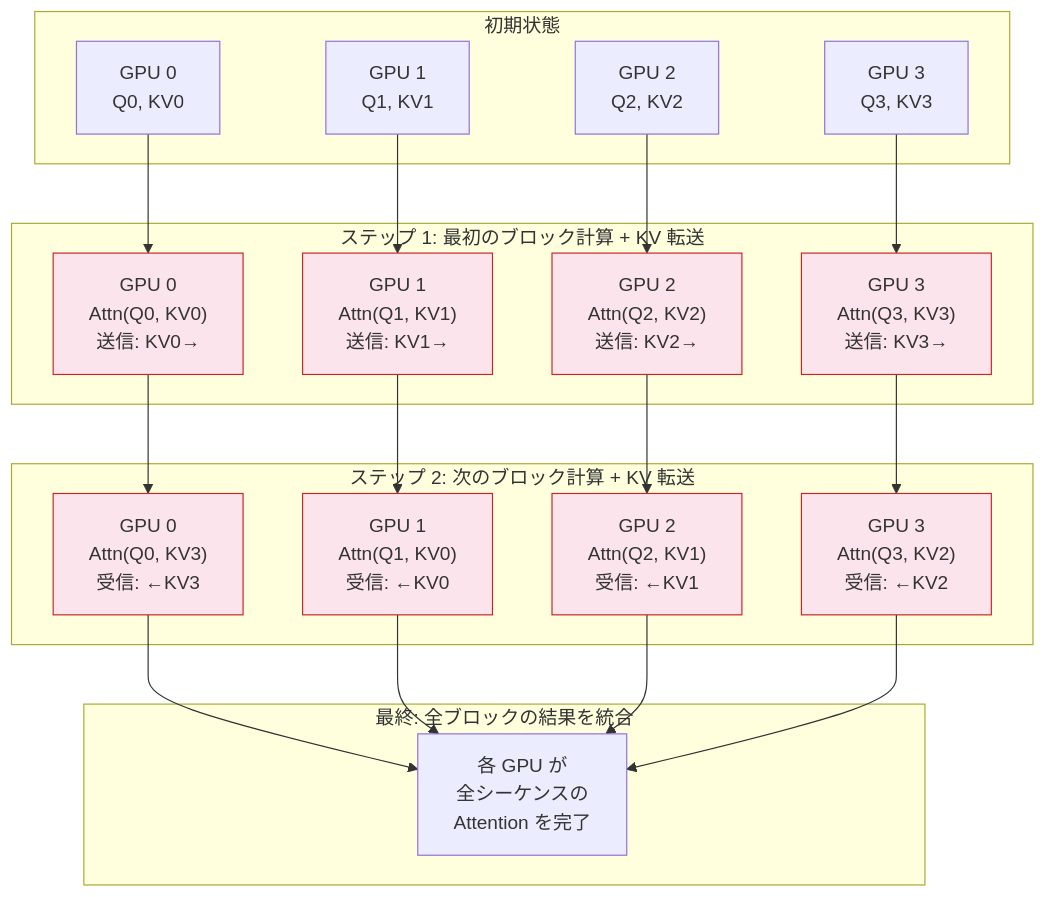
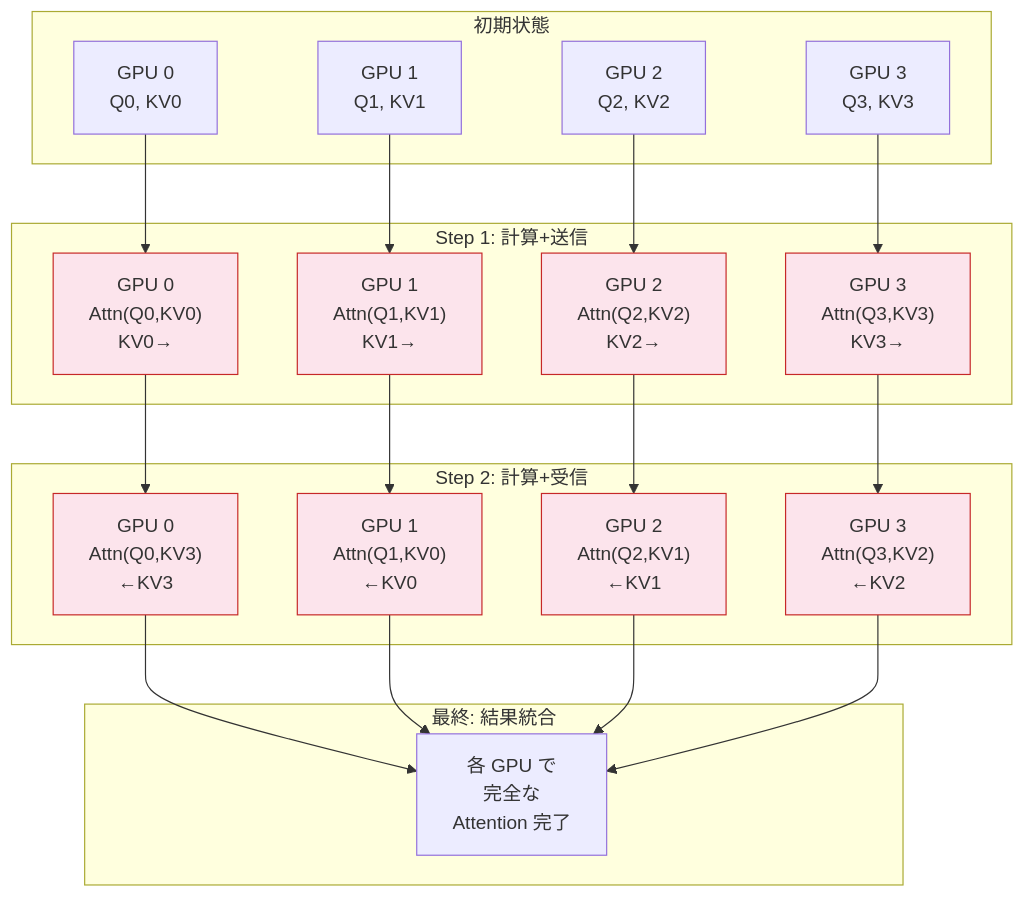
Diagram 11 of 20 in books/ml-distributed-experiment-collection/transformer-distributed-parallelism.md (littlemex/zenn), drawn with Mermaid before and after one commit. The commit also changed other lines of this file, not shown here.

````diff
--- a/books/ml-distributed-experiment-collection/transformer-distributed-parallelism.md
+++ b/books/ml-distributed-experiment-collection/transformer-distributed-parallelism.md
@@ -602,51 +602,51 @@
 ```mermaid
 graph TB
     subgraph "初期状態"
         G0_0["GPU 0<br/>Q0, KV0"]
         G1_0["GPU 1<br/>Q1, KV1"]
         G2_0["GPU 2<br/>Q2, KV2"]
         G3_0["GPU 3<br/>Q3, KV3"]
     end
 
-    subgraph "ステップ 1: 最初のブロック計算 + KV 転送"
-        G0_1["GPU 0<br/>Attn(Q0, KV0)<br/>送信: KV0→"]
-        G1_1["GPU 1<br/>Attn(Q1, KV1)<br/>送信: KV1→"]
-        G2_1["GPU 2<br/>Attn(Q2, KV2)<br/>送信: KV2→"]
-        G3_1["GPU 3<br/>Attn(Q3, KV3)<br/>送信: KV3→"]
+    subgraph "Step 1: 計算+送信"
+        G0_1["GPU 0<br/>Attn(Q0,KV0)<br/>KV0→"]
+        G1_1["GPU 1<br/>Attn(Q1,KV1)<br/>KV1→"]
+        G2_1["GPU 2<br/>Attn(Q2,KV2)<br/>KV2→"]
+        G3_1["GPU 3<br/>Attn(Q3,KV3)<br/>KV3→"]
     end
 
-    subgraph "ステップ 2: 次のブロック計算 + KV 転送"
-        G0_2["GPU 0<br/>Attn(Q0, KV3)<br/>受信: ←KV3"]
-        G1_2["GPU 1<br/>Attn(Q1, KV0)<br/>受信: ←KV0"]
-        G2_2["GPU 2<br/>Attn(Q2, KV1)<br/>受信: ←KV1"]
-        G3_2["GPU 3<br/>Attn(Q3, KV2)<br/>受信: ←KV2"]
+    subgraph "Step 2: 計算+受信"
+        G0_2["GPU 0<br/>Attn(Q0,KV3)<br/>←KV3"]
+        G1_2["GPU 1<br/>Attn(Q1,KV0)<br/>←KV0"]
+        G2_2["GPU 2<br/>Attn(Q2,KV1)<br/>←KV1"]
+        G3_2["GPU 3<br/>Attn(Q3,KV2)<br/>←KV2"]
     end
 
-    subgraph "最終: 全ブロックの結果を統合"
-        Final["各 GPU が<br/>全シーケンスの<br/>Attention を完了"]
+    subgraph "最終: 結果統合"
+        Final["各 GPU で<br/>完全な<br/>Attention 完了"]
     end
 
     G0_0 --> G0_1
     G1_0 --> G1_1
     G2_0 --> G2_1
     G3_0 --> G3_1
 
     G0_1 --> G0_2
     G1_1 --> G1_2
     G2_1 --> G2_2
     G3_1 --> G3_2
 
     G0_2 --> Final
     G1_2 --> Final
     G2_2 --> Final
     G3_2 --> Final
 
     style G0_1 fill: #fce4ec,stroke: #c62828
     style G1_1 fill: #fce4ec,stroke: #c62828
     style G2_1 fill: #fce4ec,stroke: #c62828
     style G3_1 fill: #fce4ec,stroke: #c62828
     style G0_2 fill: #fce4ec,stroke: #c62828
     style G1_2 fill: #fce4ec,stroke: #c62828
     style G2_2 fill: #fce4ec,stroke: #c62828
     style G3_2 fill: #fce4ec,stroke: #c62828
 ```
````
